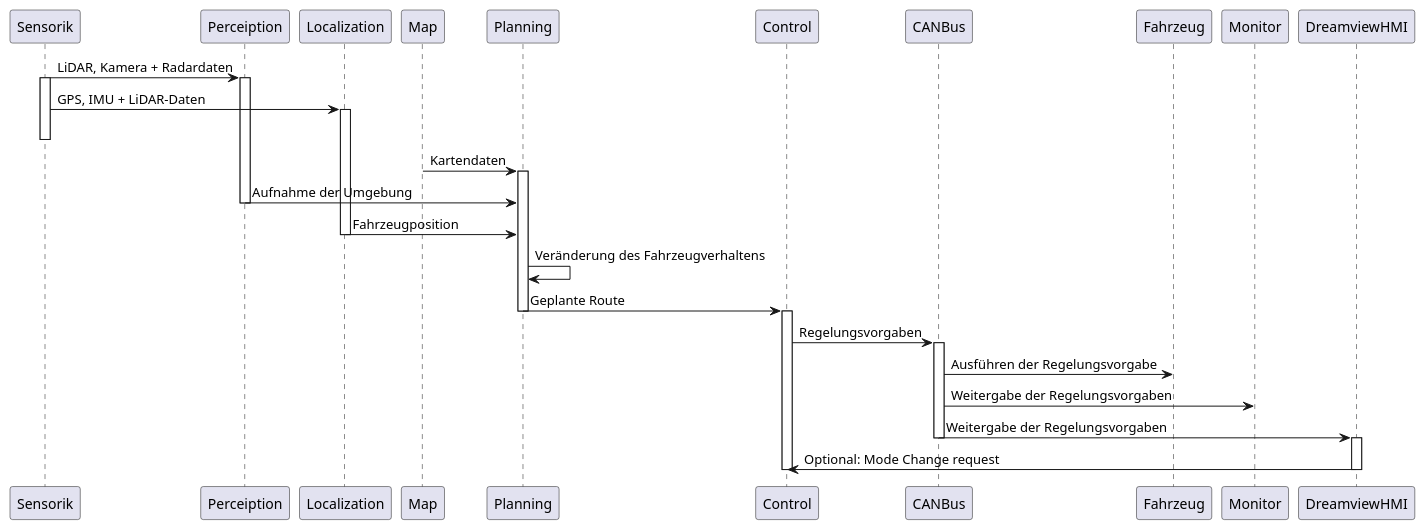
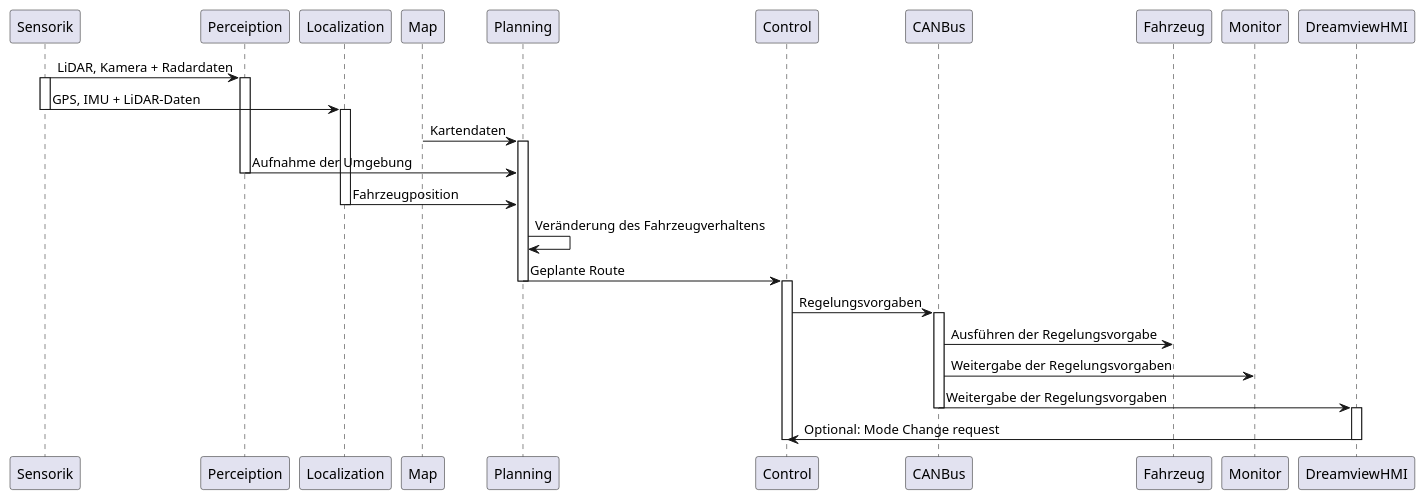
One commit to Apollak11/arc42-asciidoc-apolloauto-SSIM changed the diagram in src/Sequenzdiagramm.adoc. Above: the diagram before and after it, drawn with PlantUML. The commit also changed 5 other files, not shown here.

```diff
--- a/src/Sequenzdiagramm.adoc
+++ b/src/Sequenzdiagramm.adoc
@@ -1,52 +1,53 @@
 [plantuml, Laufzeitdiagramm, png]   
 ....
 class BlockProcessor
 class DiagramBlock
 class DitaaBlock
 class PlantUmlBlock
 
 @startuml
 participant Sensorik
 
 Sensorik -> Perceiption: LiDAR, Kamera + Radardaten
 activate Perceiption
 activate Sensorik
 
 Sensorik -> Localization: GPS, IMU + LiDAR-Daten
+deactivate Sensorik
 activate Localization
-deactivate Sensorik
+
 
 Map -> Planning: Kartendaten
 activate Planning
 
 Perceiption -> Planning: Aufnahme der Umgebung
 deactivate Perceiption
 
 Localization -> Planning: Fahrzeugposition
 deactivate Localization
 
 
 Planning -> Planning: Veränderung des Fahrzeugverhaltens
 
 Planning -> Control: Geplante Route
 deactivate Planning
 activate Control
 
 Control -> CANBus: Regelungsvorgaben
 activate CANBus
 
 CANBus -> Fahrzeug: Ausführen der Regelungsvorgabe
 
 CANBus -> Monitor: Weitergabe der Regelungsvorgaben
 
 CANBus -> DreamviewHMI: Weitergabe der Regelungsvorgaben
 deactivate CANBus
 activate DreamviewHMI
 
 DreamviewHMI -> Control: Optional: Mode Change request
 deactivate DreamviewHMI
 deactivate Control
 
 
 @enduml
 ....
```
